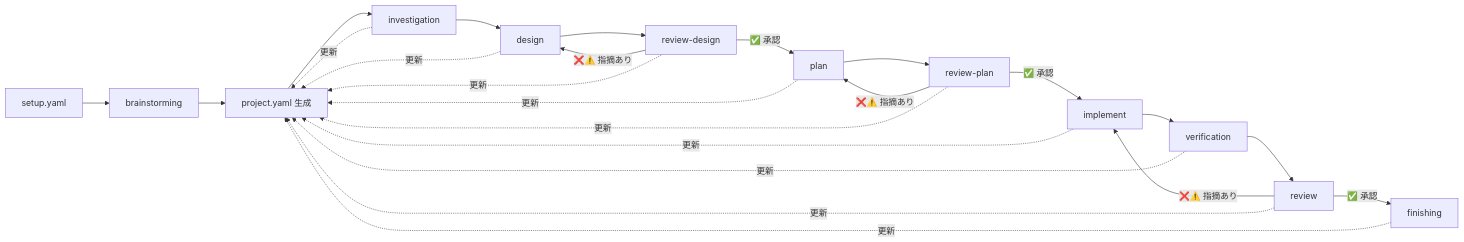
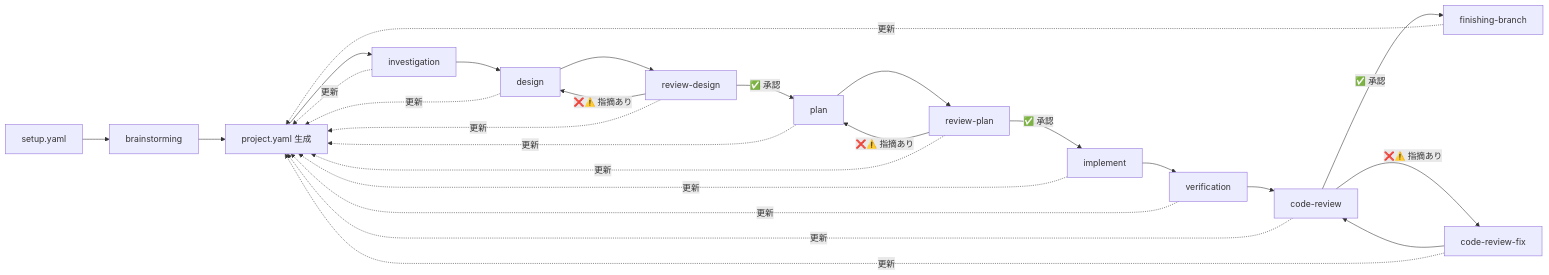
Before and after one commit to NagasakaH/dev-process: the second of 4 diagrams in README.md, drawn with Mermaid. The commit also changed other lines of this file and 13 other files, not shown here.

````diff
--- a/README.md
+++ b/README.md
@@ -272,27 +331,29 @@
 ```mermaid
 flowchart LR
     SY[setup.yaml] --> BS[brainstorming]
     BS --> PY[project.yaml 生成]
     PY --> INV[investigation]
     INV --> DES[design]
     DES --> RD[review-design]
     RD -->|✅ 承認| PLN[plan]
     RD -->|❌⚠️ 指摘あり| DES
     PLN --> RP[review-plan]
     RP -->|✅ 承認| IMP[implement]
     RP -->|❌⚠️ 指摘あり| PLN
     IMP --> VER[verification]
-    VER --> REV[review]
-    REV -->|✅ 承認| FIN[finishing]
-    REV -->|❌⚠️ 指摘あり| IMP
+    VER --> CR[code-review]
+    CR -->|✅ 承認| FIN[finishing-branch]
+    CR -->|❌⚠️ 指摘あり| CRF[code-review-fix]
+    CRF --> CR
 
     INV -.->|更新| PY
     DES -.->|更新| PY
     RD -.->|更新| PY
     PLN -.->|更新| PY
     RP -.->|更新| PY
     IMP -.->|更新| PY
     VER -.->|更新| PY
-    REV -.->|更新| PY
+    CR -.->|更新| PY
+    CRF -.->|更新| PY
     FIN -.->|更新| PY
 ```
````
